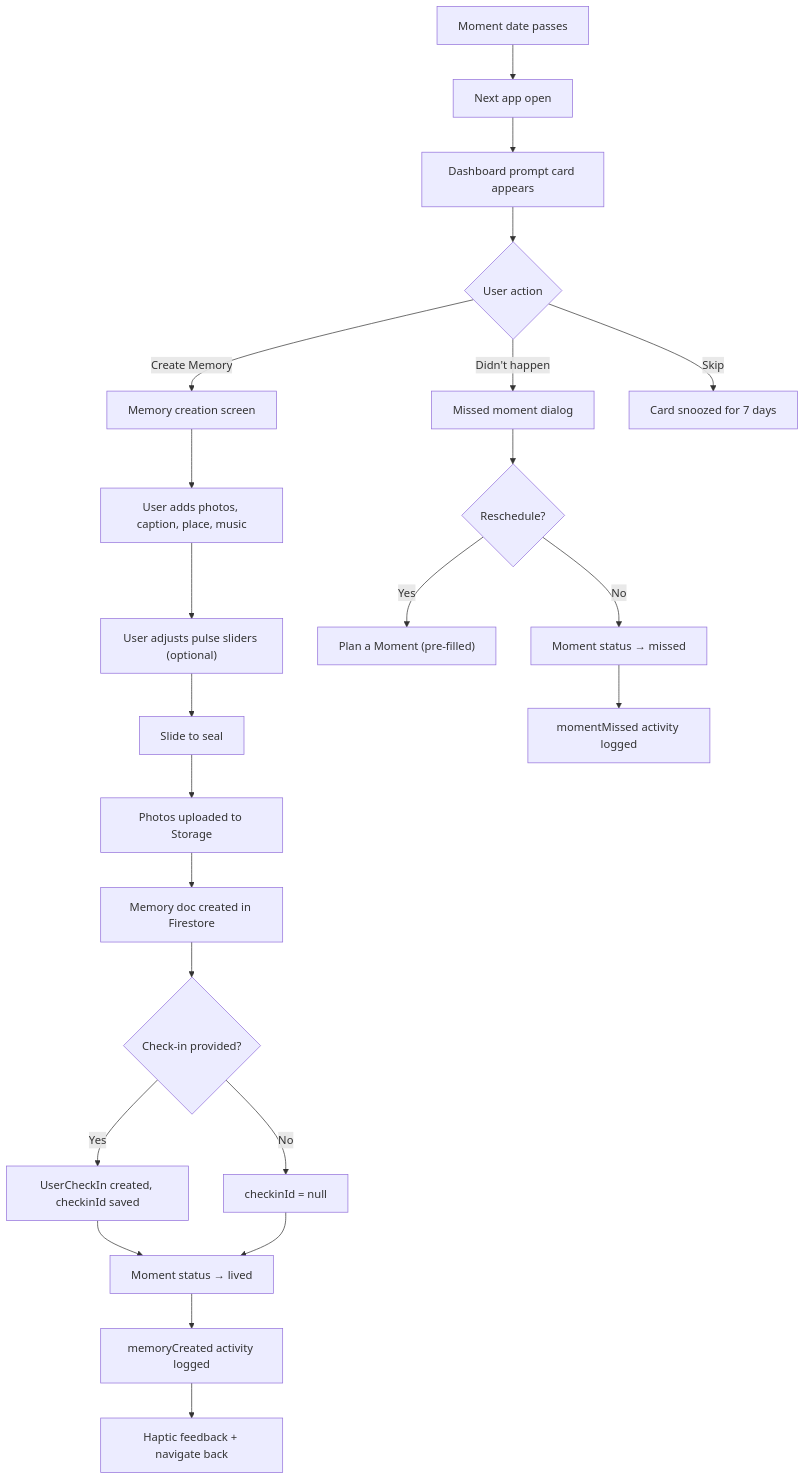
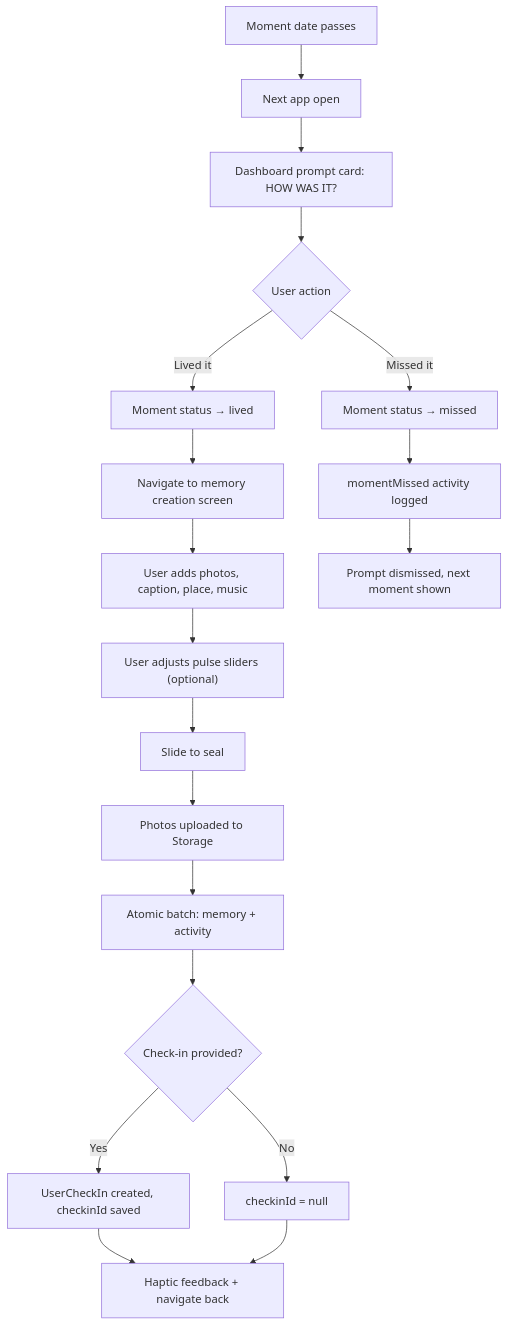
The third of 5 diagrams in docs/requirements/PRD-001-memories.md (Ainesh/cocoon), drawn with Mermaid before and after one commit. The commit also changed other lines of this file and 1 other file, not shown here.

````diff
--- a/docs/requirements/PRD-001-memories.md
+++ b/docs/requirements/PRD-001-memories.md
@@ -611,25 +601,21 @@
 ```mermaid
 flowchart TD
     A["Moment date passes"] --> B["Next app open"]
-    B --> C["Dashboard prompt card appears"]
+    B --> C["Dashboard prompt card: HOW WAS IT?"]
     C --> D{"User action"}
-    D -->|"Create Memory"| E["Memory creation screen"]
-    D -->|"Didn't happen"| F["Missed moment dialog"]
-    D -->|"Skip"| G["Card snoozed for 7 days"]
-    E --> H["User adds photos, caption, place, music"]
+    D -->|"Lived it"| E["Moment status → lived"]
+    D -->|"Missed it"| F["Moment status → missed"]
+    E --> G["Navigate to memory creation screen"]
+    G --> H["User adds photos, caption, place, music"]
     H --> I["User adjusts pulse sliders (optional)"]
     I --> J["Slide to seal"]
     J --> K["Photos uploaded to Storage"]
-    K --> L["Memory doc created in Firestore"]
+    K --> L["Atomic batch: memory + activity"]
     L --> M{"Check-in provided?"}
     M -->|Yes| N["UserCheckIn created, checkinId saved"]
     M -->|No| O["checkinId = null"]
-    N --> P["Moment status → lived"]
+    N --> P["Haptic feedback + navigate back"]
     O --> P
-    P --> Q["memoryCreated activity logged"]
-    Q --> R["Haptic feedback + navigate back"]
-    F --> S{"Reschedule?"}
-    S -->|Yes| T["Plan a Moment (pre-filled)"]
-    S -->|No| U["Moment status → missed"]
-    U --> V["momentMissed activity logged"]
+    F --> Q["momentMissed activity logged"]
+    Q --> R["Prompt dismissed, next moment shown"]
 ```
````
